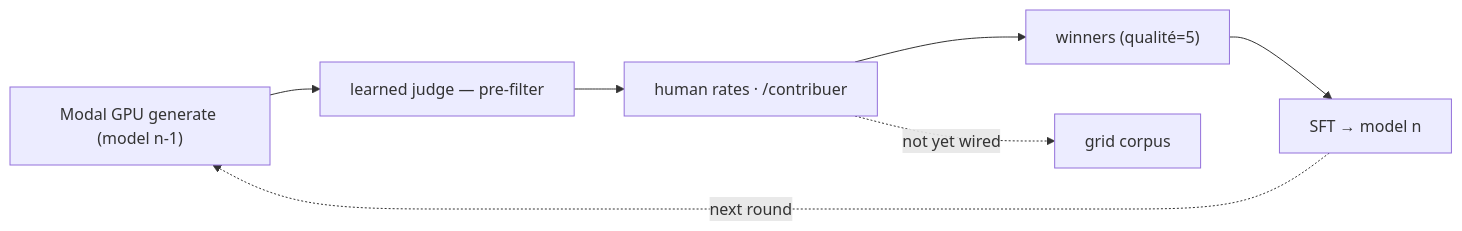
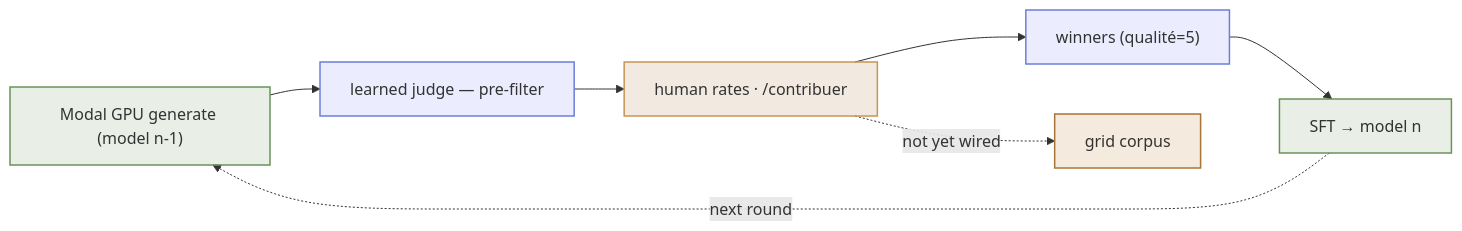
One commit to Ishou/wordsparrow changed the fifth of 5 diagrams in README.md. Above: the diagram before and after it, drawn with Mermaid. The commit also changed other lines of this file and 5 other files, not shown here.

First line of the commit message:
feat(infra-diagrams): brand-palette styling for README diagrams (#815)

````diff
--- a/README.md
+++ b/README.md
@@ -258,15 +285,22 @@
 ```mermaid
 flowchart LR
   gen["Modal GPU generate (model n-1)"]
   judge["learned judge — pre-filter"]
   human["human rates · /contribuer"]
   winners["winners (qualité=5)"]
   sft["SFT → model n"]
   grid["grid corpus"]
   gen --> judge
   judge --> human
   human --> winners
   winners --> sft
   sft -. next round .-> gen
   human -. not yet wired .-> grid
+  classDef context fill:#6a935826,stroke:#6a9358;
+  classDef data fill:#c8945633,stroke:#a87538;
+  classDef messaging fill:#a8753826,stroke:#c89456;
+  class gen,sft context;
+  class grid data;
+  class human messaging;
+  classDef default stroke:#6b7fd7,stroke-width:1.5px;
 ```
````
